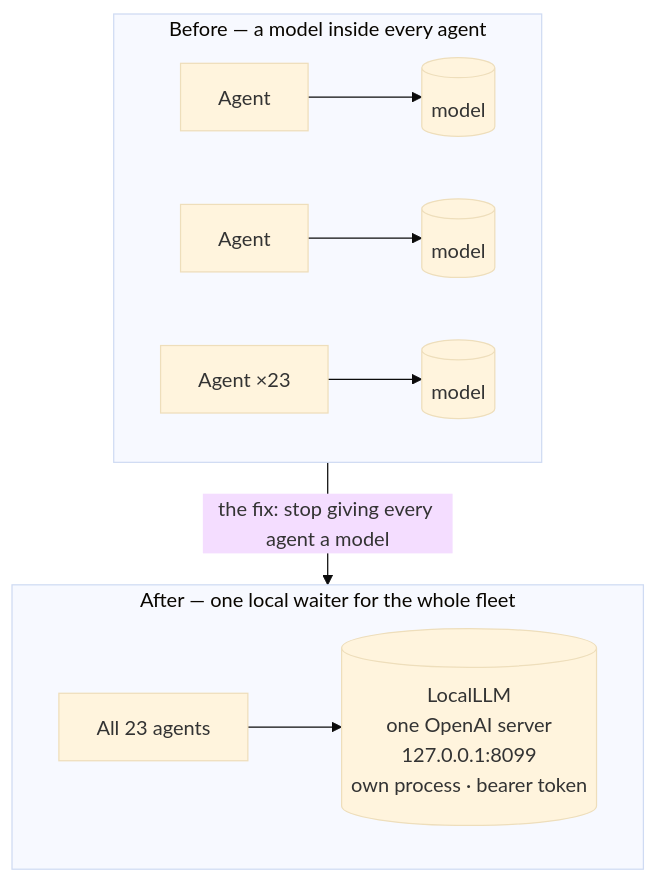
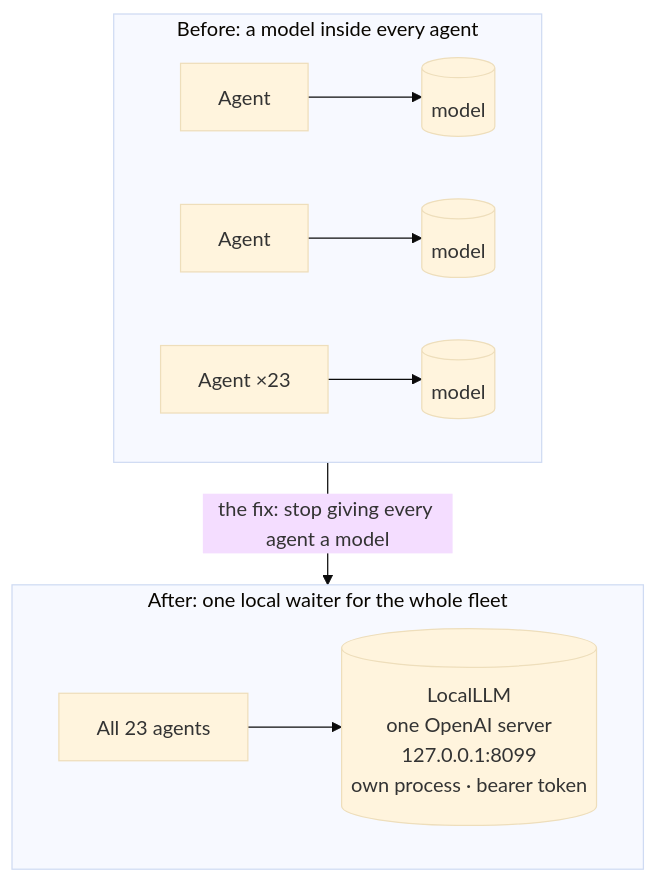
Before and after one commit to mlnomadpy/trustable-ai-superapp: the sixth of 9 diagrams in docs/essays/trusted-at-130mph.md, drawn with Mermaid (base theme). The commit also changed other lines of this file, not shown here.

````diff
--- a/docs/essays/trusted-at-130mph.md
+++ b/docs/essays/trusted-at-130mph.md
@@ -149,14 +149,14 @@
 ```mermaid
 flowchart TB
-    subgraph Before["Before — a model inside every agent"]
+    subgraph Before["Before: a model inside every agent"]
         direction LR
         b1[Agent] --> m1[(model)]
         b2[Agent] --> m2[(model)]
         b3[Agent ×23] --> m3[(model)]
     end
-    subgraph After["After — one local waiter for the whole fleet"]
+    subgraph After["After: one local waiter for the whole fleet"]
         direction LR
         all[All 23 agents] --> srv[(LocalLLM<br/>one OpenAI server<br/>127.0.0.1:8099<br/>own process · bearer token)]
     end
     Before -- "the fix: stop giving every agent a model" --> After
 ```
````
